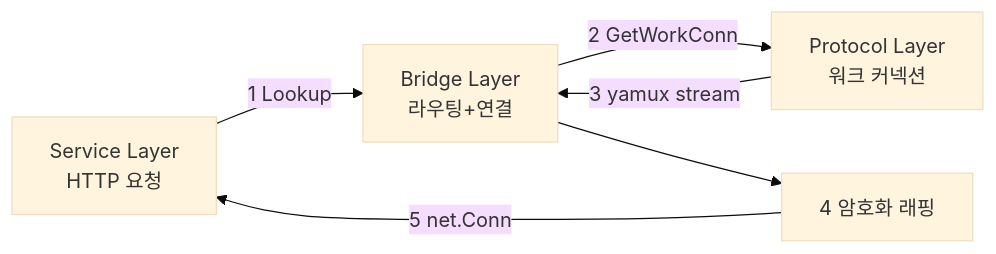
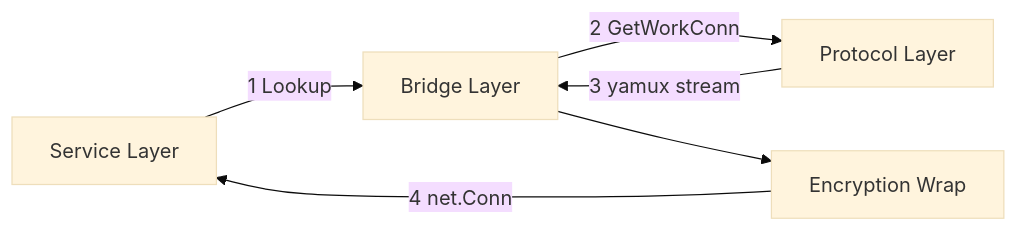
The first of 6 diagrams in docs/architecture/bridge-layer.md (cagojeiger/drp), drawn with Mermaid (base theme) before and after one commit. The commit also changed other lines of this file and 3 other files, not shown here.

First line of the commit message:
fix(docs): rewrite all Mermaid diagrams for VS Code compatibility

````diff
--- a/docs/architecture/bridge-layer.md
+++ b/docs/architecture/bridge-layer.md
@@ -8,12 +8,13 @@
 ```mermaid
 flowchart LR
-    SL[Service Layer<br/>HTTP 요청]
-    BL[Bridge Layer<br/>라우팅+연결]
-    PL[Protocol Layer<br/>워크 커넥션]
+    SL["Service Layer"]
+    BL["Bridge Layer"]
+    PL["Protocol Layer"]
+    Wrap["Encryption Wrap"]
 
-    SL -->|1 Lookup| BL
-    BL -->|2 GetWorkConn| PL
-    PL -->|3 yamux stream| BL
-    BL --> Wrap["4 암호화 래핑"]
-    Wrap -->|5 net.Conn| SL
+    SL -->|"1 Lookup"| BL
+    BL -->|"2 GetWorkConn"| PL
+    PL -->|"3 yamux stream"| BL
+    BL --> Wrap
+    Wrap -->|"4 net.Conn"| SL
 ```
````
